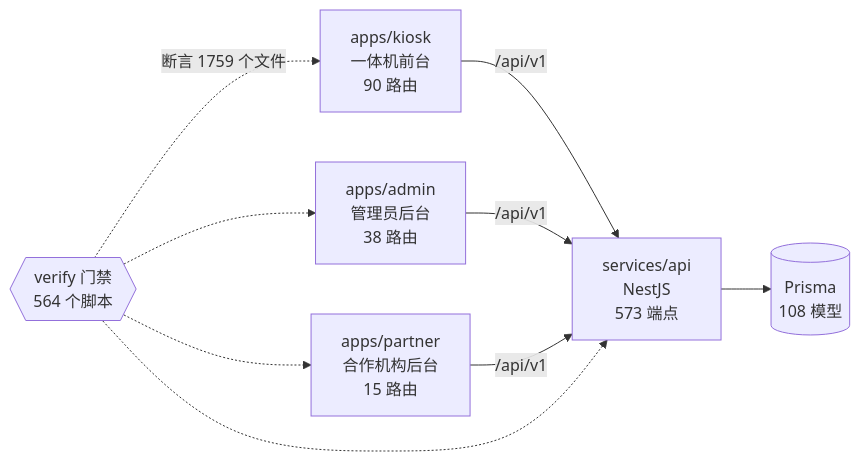
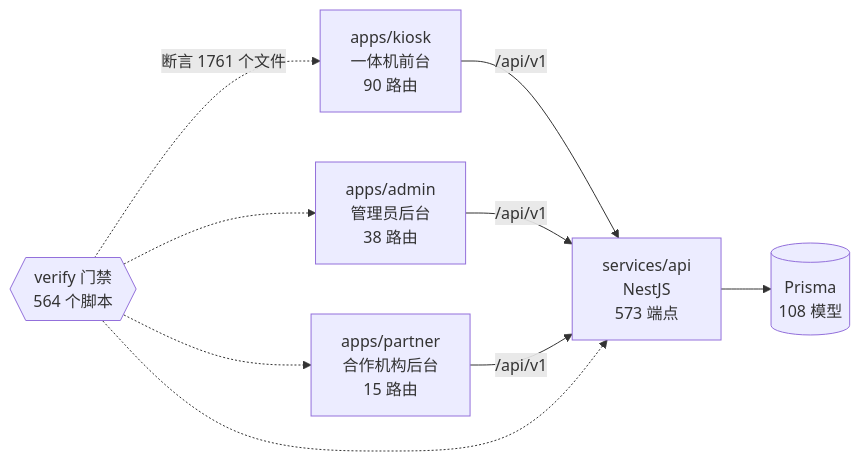
Before and after one commit to wanglei581/YITIJI: the diagram in docs/graph/README.md, drawn with Mermaid. The commit also changed other lines of this file and 19 other files, not shown here.

````diff
--- a/docs/graph/README.md
+++ b/docs/graph/README.md
@@ -68,18 +68,18 @@
 ```mermaid
 flowchart LR
   kiosk["apps/kiosk<br/>一体机前台<br/>90 路由"]
   admin["apps/admin<br/>管理员后台<br/>38 路由"]
   partner["apps/partner<br/>合作机构后台<br/>15 路由"]
   api["services/api<br/>NestJS<br/>573 端点"]
   db[("Prisma<br/>108 模型")]
   gates{{"verify 门禁<br/>564 个脚本"}}
 
   kiosk -->|"/api/v1"| api
   admin -->|"/api/v1"| api
   partner -->|"/api/v1"| api
   api --> db
-  gates -.->|"断言 1759 个文件"| kiosk
+  gates -.->|"断言 1761 个文件"| kiosk
   gates -.-> admin
   gates -.-> partner
   gates -.-> api
 ```
````
